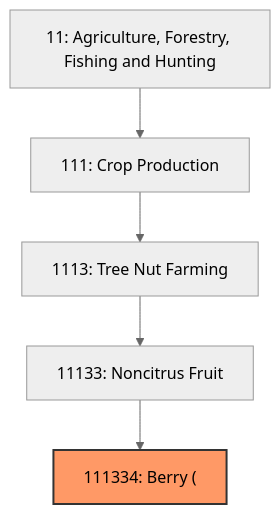
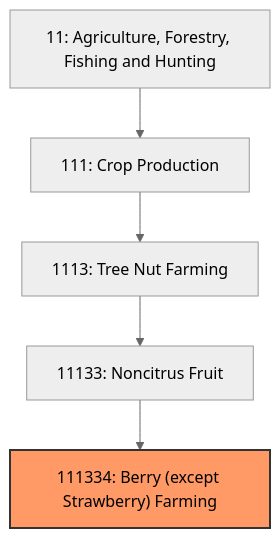
One commit to kziemski/business.org.ai changed the first of 3 diagrams in industries/Agriculture/CropProduction/TreeNutFarming/NoncitrusFruit/Berry.mdx. Above: the diagram before and after it, drawn with Mermaid (neutral theme). The commit also changed other lines of this file and 67418 other files, not shown here.

````diff
--- a/industries/Agriculture/CropProduction/TreeNutFarming/NoncitrusFruit/Berry.mdx
+++ b/industries/Agriculture/CropProduction/TreeNutFarming/NoncitrusFruit/Berry.mdx
@@ -22,9 +21,9 @@
 ```mermaid
 graph TD
     S11["11: Agriculture, Forestry, Fishing and Hunting"]
     S11 --> N111["111: Crop Production"]
     N111 --> N1113["1113: Tree Nut Farming"]
     N1113 --> N11133["11133: Noncitrus Fruit"]
-    N11133 --> N111334["111334: Berry ("]
+    N11133 --> N111334["111334: Berry (except Strawberry) Farming"]
     style N111334 fill:#f96,stroke:#333,stroke-width:2px
 ```
````
